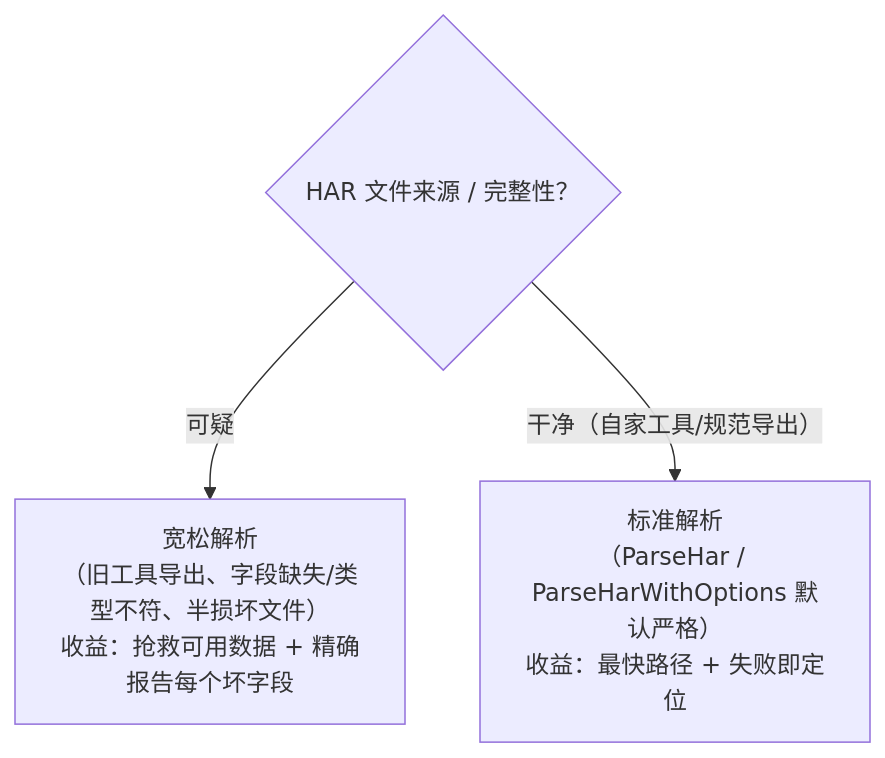
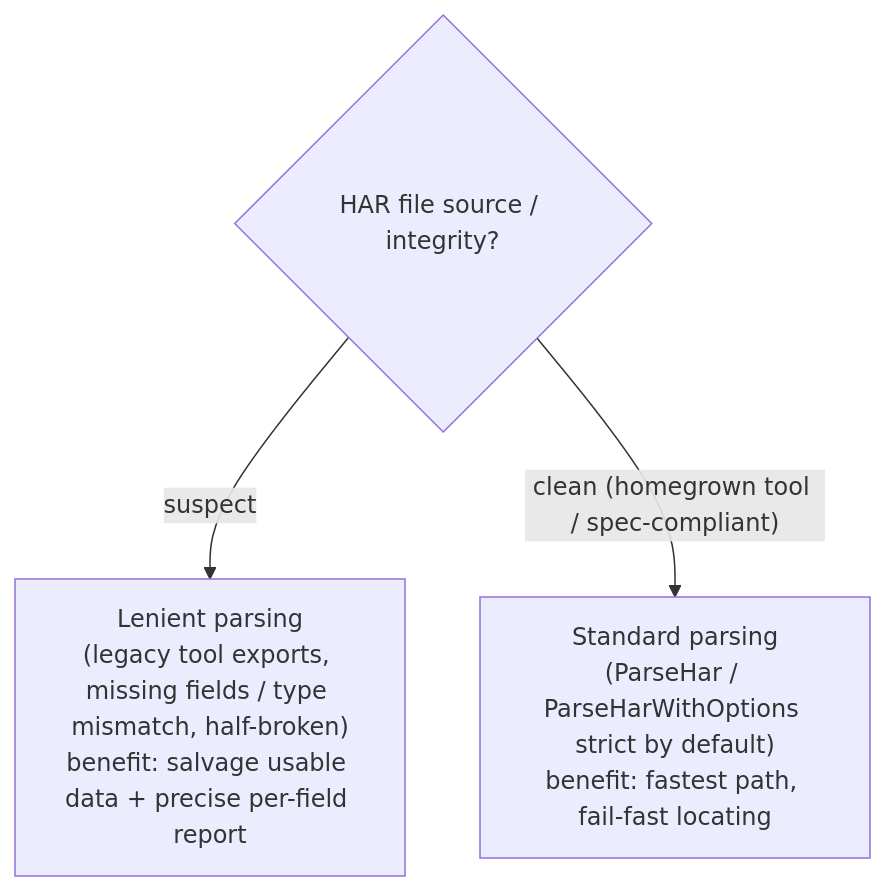
The third of 3 diagrams in website/zh/internals/lenient-parsing.md (hitechcloud-vietnam/har-skills), drawn with Mermaid before and after one commit. The commit also changed other lines of this file and 97 other files, not shown here.

````diff
--- a/website/zh/internals/lenient-parsing.md
+++ b/website/zh/internals/lenient-parsing.md
@@ -265,6 +264,6 @@
 ```mermaid
 flowchart TD
-  Q1{"HAR 文件来源 / 完整性？"}
-  Q1 -->|"可疑"| LEN["宽松解析<br/>（旧工具导出、字段缺失/类型不符、半损坏文件）<br/>收益：抢救可用数据 + 精确报告每个坏字段"]
-  Q1 -->|"干净（自家工具/规范导出）"| STD["标准解析<br/>（ParseHar / ParseHarWithOptions 默认严格）<br/>收益：最快路径 + 失败即定位"]
+  Q1{"HAR file source / integrity?"}
+  Q1 -->|"suspect"| LEN["Lenient parsing<br/>(legacy tool exports, missing fields / type mismatch, half-broken)<br/>benefit: salvage usable data + precise per-field report"]
+  Q1 -->|"clean (homegrown tool / spec-compliant)"| STD["Standard parsing<br/>(ParseHar / ParseHarWithOptions strict by default)<br/>benefit: fastest path, fail-fast locating"]
 ```
````
